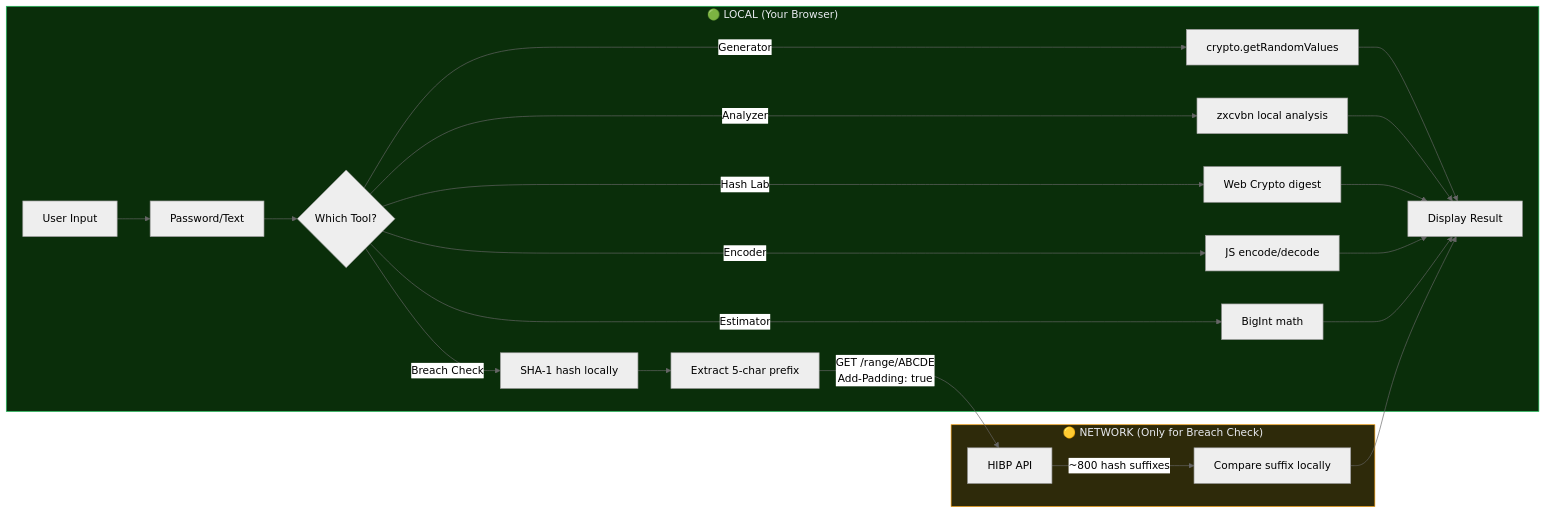
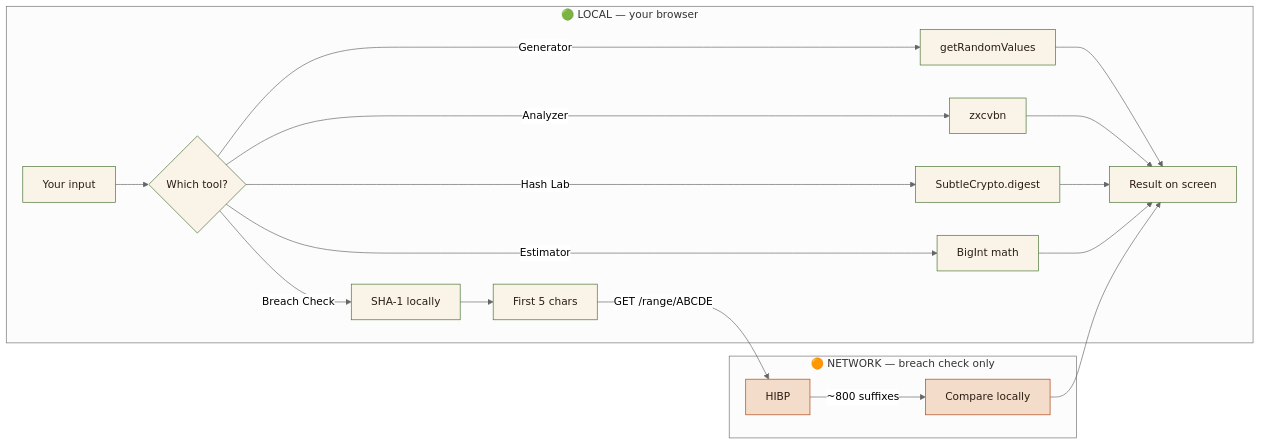
Before and after one commit to hamidrafique2-boop/CryptaKey: the second of 2 diagrams in README.md, drawn with Mermaid (neutral theme). The commit also changed other lines of this file and 36 other files, not shown here.

````diff
--- a/README.md
+++ b/README.md
@@ -185,28 +212,23 @@
 ```mermaid
 flowchart LR
-    subgraph LOCAL ["🟢 LOCAL (Your Browser)"]
-        A[User Input] --> B[Password/Text]
-        B --> C{Which Tool?}
-        C -->|Generator| D[crypto.getRandomValues]
-        C -->|Analyzer| E[zxcvbn local analysis]
-        C -->|Hash Lab| F[Web Crypto digest]
-        C -->|Encoder| G[JS encode/decode]
-        C -->|Estimator| H[BigInt math]
-        C -->|Breach Check| I[SHA-1 hash locally]
-        D --> J[Display Result]
-        E --> J
-        F --> J
-        G --> J
-        H --> J
-        I --> K[Extract 5-char prefix]
+    subgraph LOCAL ["🟢 LOCAL — your browser"]
+        A["Your input"] --> C{"Which tool?"}
+        C -->|Generator| D["getRandomValues"]
+        C -->|Analyzer| E["zxcvbn"]
+        C -->|Hash Lab| F["SubtleCrypto.digest"]
+        C -->|Estimator| H["BigInt math"]
+        C -->|Breach Check| I["SHA-1 locally"]
+        D & E & F & H --> J["Result on screen"]
+        I --> K["First 5 chars"]
     end
+    subgraph NET ["🟠 NETWORK — breach check only"]
+        K -->|"GET /range/ABCDE"| L["HIBP"]
+        L -->|"~800 suffixes"| M["Compare locally"]
+    end
+    M --> J
 
-    subgraph NETWORK ["🟡 NETWORK (Only for Breach Check)"]
-        K -->|"GET /range/ABCDE<br>Add-Padding: true"| L[HIBP API]
-        L -->|"~800 hash suffixes"| M[Compare suffix locally]
-        M --> J
-    end
-
-    style LOCAL fill:#0a2e0a,stroke:#22c55e,color:#e8eaf0
-    style NETWORK fill:#2e2a0a,stroke:#f59e0b,color:#e8eaf0
+    classDef loc fill:#faf4e8,stroke:#46702f,color:#2b1d14;
+    classDef net fill:#f3dcc9,stroke:#b2420f,color:#2b1d14;
+    class A,C,D,E,F,H,I,J,K loc;
+    class L,M net;
 ```
````
